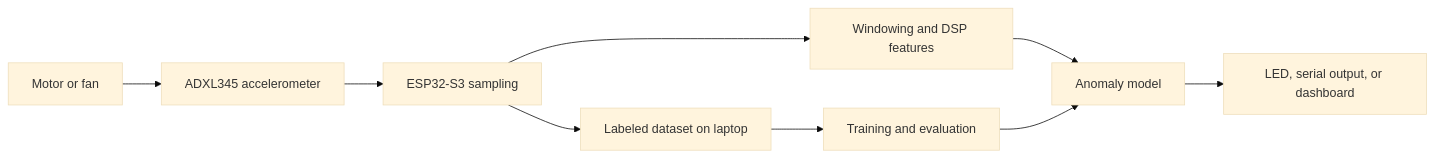
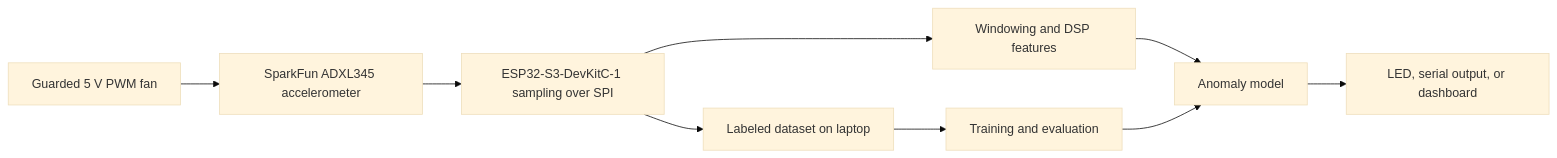
Before and after one commit to narjun4394/hardware-ai-lab: the diagram in projects/01-edge-vibration-monitor/README.md, drawn with Mermaid (base theme). The commit also changed other lines of this file and 4 other files, not shown here.

````diff
--- a/projects/01-edge-vibration-monitor/README.md
+++ b/projects/01-edge-vibration-monitor/README.md
@@ -21,11 +21,11 @@
 ```mermaid
 flowchart LR
-    A["Motor or fan"] --> B["ADXL345 accelerometer"]
-    B --> C["ESP32-S3 sampling"]
+    A["Guarded 5 V PWM fan"] --> B["SparkFun ADXL345 accelerometer"]
+    B --> C["ESP32-S3-DevKitC-1 sampling over SPI"]
     C --> D["Windowing and DSP features"]
     D --> E["Anomaly model"]
     E --> F["LED, serial output, or dashboard"]
     C --> G["Labeled dataset on laptop"]
     G --> H["Training and evaluation"]
     H --> E
 ```
````
